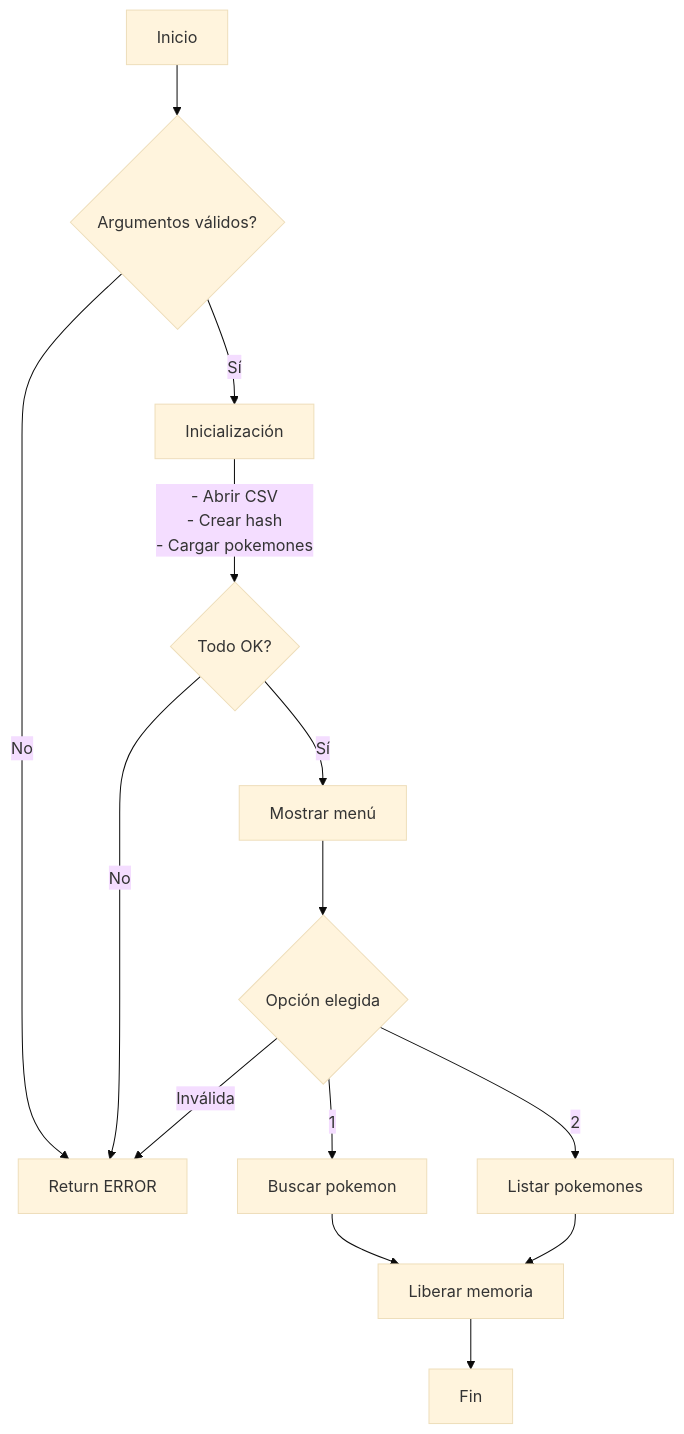
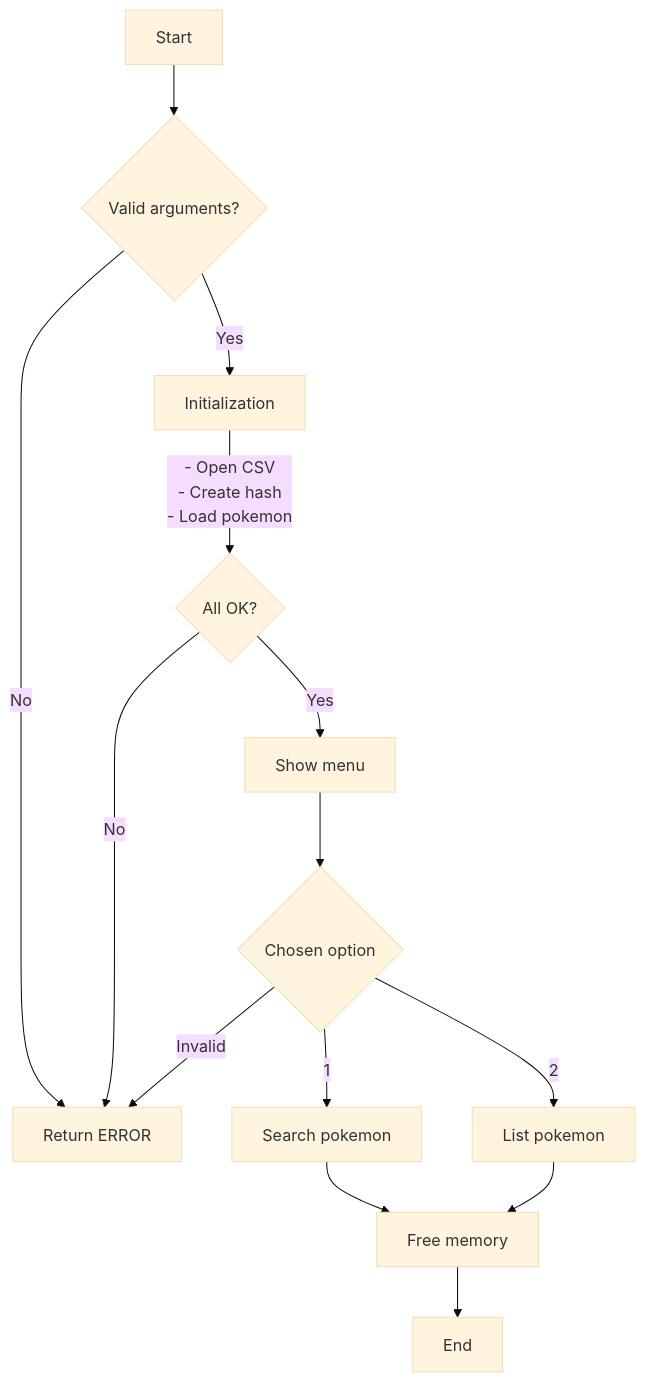
Before and after one commit to StevenMolina22/adt_c: the eighth of 8 diagrams in readME.md, drawn with Mermaid (base theme). The commit also changed other lines of this file, not shown here.

````diff
--- a/readME.md
+++ b/readME.md
@@ -539,24 +536,23 @@
 ```mermaid
 flowchart TD
-    A[Inicio] --> B{Argumentos válidos?}
+    A[Start] --> B{Valid arguments?}
     B -->|No| ERR[Return ERROR]
 
-    B -->|Sí| C[Inicialización]
-    C --> |"- Abrir CSV
-    - Crear hash
-    - Cargar pokemones"| D{Todo OK?}
+    B -->|Yes| C[Initialization]
+    C --> |"- Open CSV
+    - Create hash
+    - Load pokemon"| D{All OK?}
 
     D -->|No| ERR
 
-    D -->|Sí| E[Mostrar menú]
-    E --> F{Opción elegida}
+    D -->|Yes| E[Show menu]
+    E --> F{Chosen option}
 
-    F -->|1| G[Buscar pokemon]
-    F -->|2| H[Listar pokemones]
-    F -->|Inválida| ERR
+    F -->|1| G[Search pokemon]
+    F -->|2| H[List pokemon]
+    F -->|Invalid| ERR
 
-    G --> I[Liberar memoria]
+    G --> I[Free memory]
     H --> I
-    I --> J[Fin]
-
+    I --> J[End]
 ```
````
